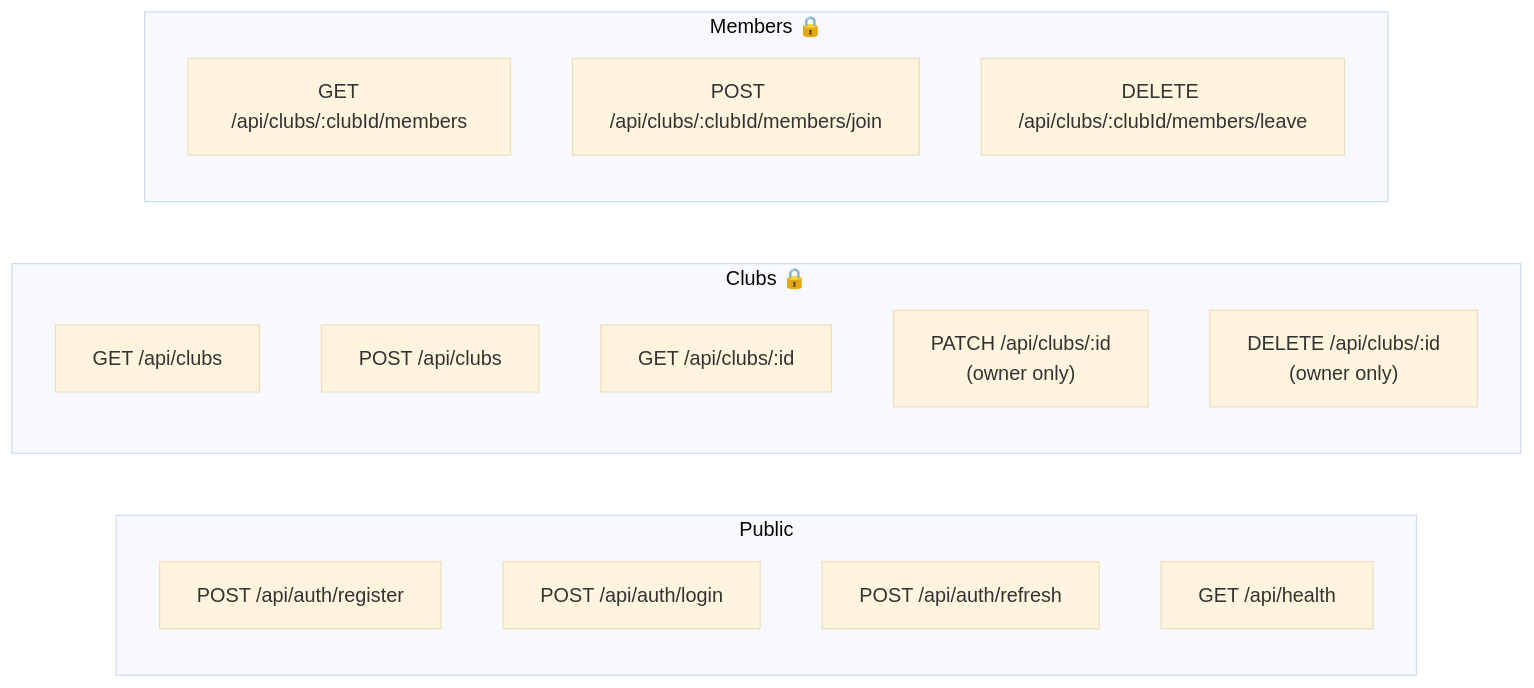
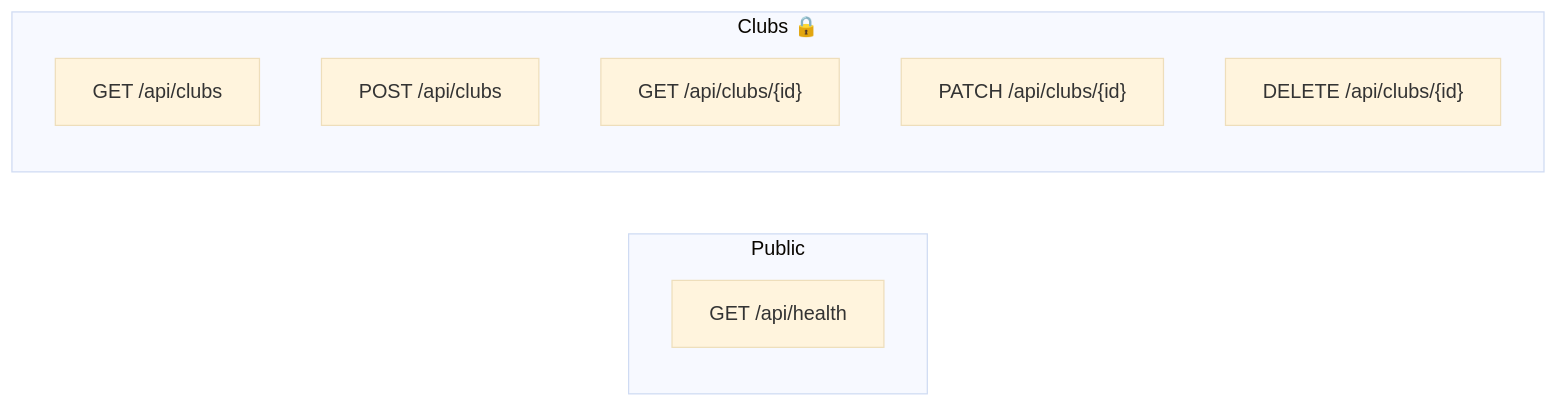
The second of 4 diagrams in docs/architecture.md (luisgrandegg/club-manager), drawn with Mermaid (base theme) before and after one commit. The commit also changed other lines of this file and 3 other files, not shown here.

First line of the commit message:
feat: auto-generate architecture diagram on every commit

````diff
--- a/docs/architecture.md
+++ b/docs/architecture.md
@@ -39,23 +40,13 @@
 ```mermaid
 graph LR
     subgraph Public
-        R1["POST /api/auth/register"]
-        R2["POST /api/auth/login"]
-        R3["POST /api/auth/refresh"]
-        R4["GET  /api/health"]
+        N1["GET /api/health"]
     end
-
-    subgraph Clubs["Clubs 🔒"]
-        C1["GET    /api/clubs"]
-        C2["POST   /api/clubs"]
-        C3["GET    /api/clubs/:id"]
-        C4["PATCH  /api/clubs/:id\n(owner only)"]
-        C5["DELETE /api/clubs/:id\n(owner only)"]
-    end
-
-    subgraph Members["Members 🔒"]
-        M1["GET    /api/clubs/:clubId/members"]
-        M2["POST   /api/clubs/:clubId/members/join"]
-        M3["DELETE /api/clubs/:clubId/members/leave"]
+    subgraph clubs["Clubs 🔒"]
+        N2["GET /api/clubs"]
+        N3["POST /api/clubs"]
+        N4["GET /api/clubs/{id}"]
+        N5["PATCH /api/clubs/{id}"]
+        N6["DELETE /api/clubs/{id}"]
     end
 ```
````
